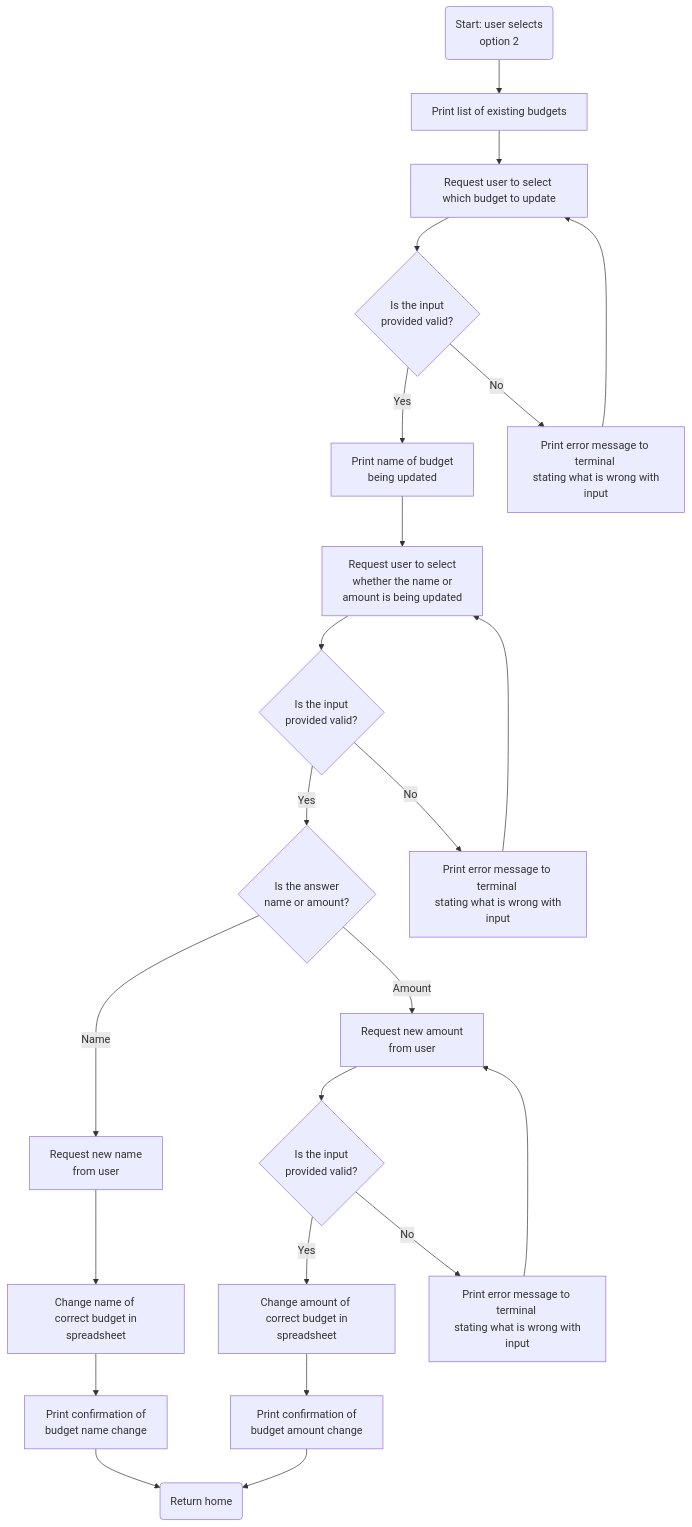
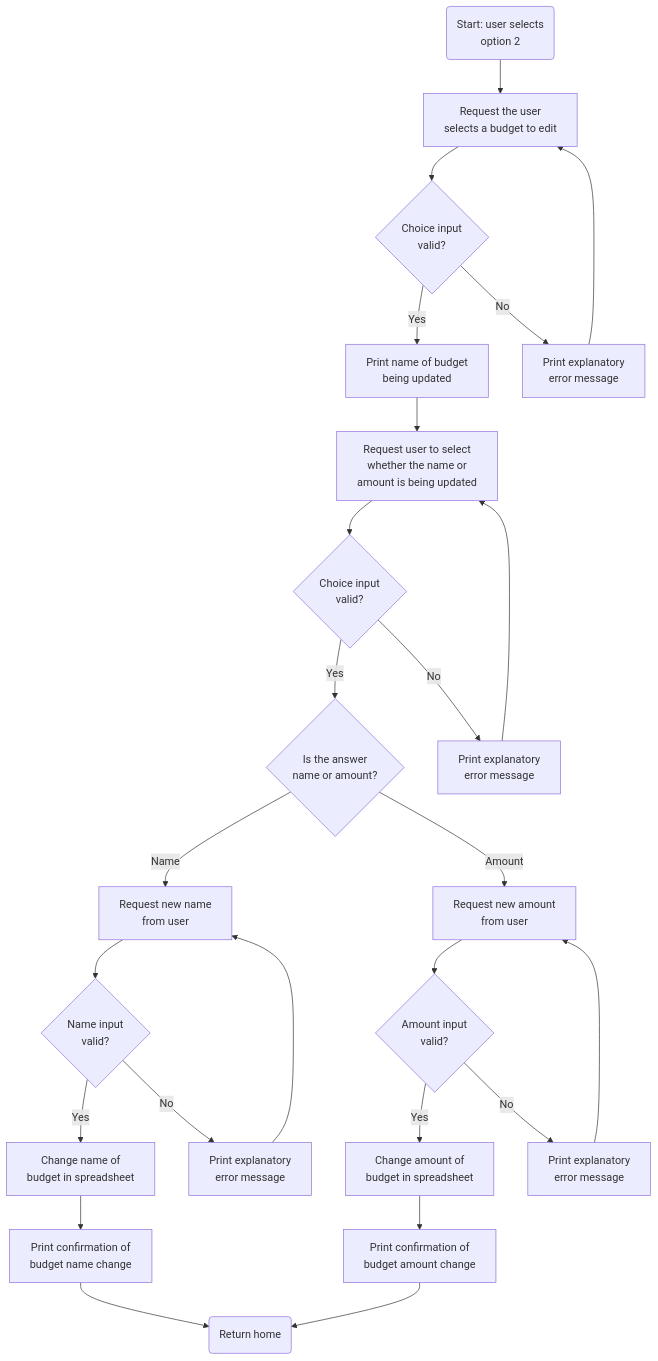
Before and after one commit to EvitaKnits/Cashflow-Companion: the third of 8 diagrams in README.md, drawn with Mermaid. The commit also changed other lines of this file and 1 other file, not shown here.

````diff
--- a/README.md
+++ b/README.md
@@ -159,25 +214,27 @@
 ```mermaid
 flowchart TD
-    A(Start: user selects \n option 2) --> A1[Print list of existing budgets]
-    A1 --> B[Request user to select which budget to update]
-    B --> C{Is the input \n provided valid?}
-    C -->|Yes| E[Print name of budget \n being updated]
-    C -->|No| D[Print error message to terminal \n stating what is wrong with input]
-    D -->B
-    E -->F[Request user to select \n whether the name or \n amount is being updated]
-    F --> G{Is the input \n provided valid?}
-    G -->|Yes| I{Is the answer \n name or amount?} 
-    G -->|No| J[Print error message to terminal \n stating what is wrong with input]
-    J --> F
-    I -->|Name| K[Request new name \n from user]
-    K --> L[Change name of \n correct budget in spreadsheet]
-    I -->|Amount| M[Request new amount \n from user]
-    M --> N{Is the input \n provided valid?}
-    N -->|Yes| R[Change amount of \n correct budget in spreadsheet]
-    N -->|No| P[Print error message to terminal \n stating what is wrong with input]    
-    P --> M
-    L --> S[Print confirmation of \n budget name change]
-    R --> T[Print confirmation of \n budget amount change]
-    S --> U(Return home)
-    T --> U
+    A(Start: user selects \n option 2) --> B[Request the user\n selects a budget to edit]
+    B-->C{Choice input\n valid?}
+    C-->|Yes|D[Print name of budget \n being updated]
+    C-->|No|E[Print explanatory\n error message]
+    E-->B
+    D-->F[Request user to select \n whether the name or \n amount is being updated]
+    F-->G{Choice input\n valid?}
+    G-->|Yes|H{Is the answer \n name or amount?} 
+    G-->|No|I[Print explanatory\n error message]
+    I-->F
+    H-->|Name|J[Request new name \n from user]
+    H-->|Amount|K[Request new amount \n from user]
+    J-->L{Name input\n valid?}
+    K-->M{Amount input\n valid?}
+    L-->|Yes|N[Change name of \n budget in spreadsheet]
+    L-->|No|O[Print explanatory\n error message]
+    O-->J
+    M-->|Yes|P[Change amount of \n budget in spreadsheet]
+    M-->|No|Q[Print explanatory\n error message]
+    Q-->K
+    N-->R[Print confirmation of \n budget name change]
+    P-->S[Print confirmation of \n budget amount change]
+    R-->T(Return home)
+    S-->T
 ```
````
